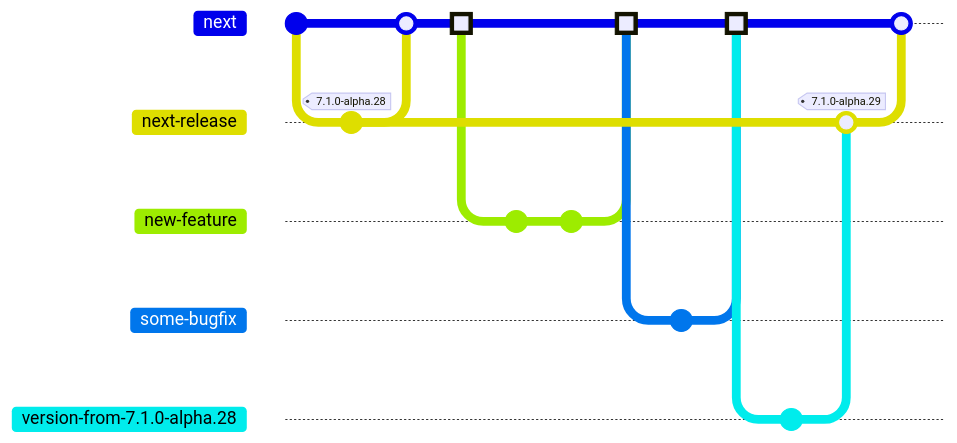
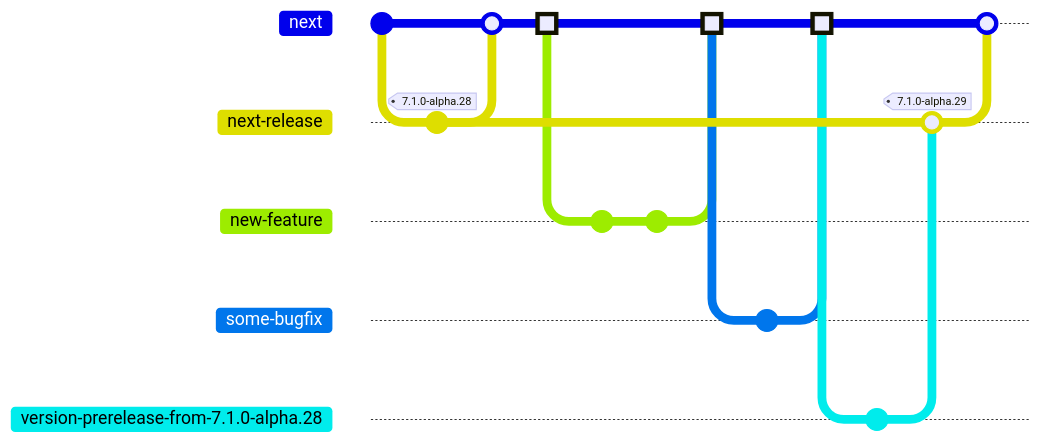
The third of 6 diagrams in CONTRIBUTING/RELEASING.md (W427697/Discord-), drawn with Mermaid before and after one commit. The commit also changed other lines of this file, not shown here. Commit ids are hidden.

````diff
--- a/CONTRIBUTING/RELEASING.md
+++ b/CONTRIBUTING/RELEASING.md
@@ -176,29 +171,25 @@
 ```mermaid
 %%{init: { 'gitGraph': { 'mainBranchName': 'next' } } }%%
 gitGraph
     commit
     branch next-release
-    checkout next-release
     commit tag: "7.1.0-alpha.28"
     checkout next
     merge next-release
     commit type: HIGHLIGHT id: "direct commit"
     branch new-feature
-    checkout new-feature
     commit
     commit
     checkout next
     merge new-feature type: HIGHLIGHT
     branch some-bugfix
-    checkout some-bugfix
     commit
     checkout next
     merge some-bugfix type: HIGHLIGHT
-    branch version-from-7.1.0-alpha.28
-    checkout version-from-7.1.0-alpha.28
+    branch version-prerelease-from-7.1.0-alpha.28
     commit id: "bump version"
     checkout next-release
-    merge version-from-7.1.0-alpha.28 tag: "7.1.0-alpha.29"
+    merge version-prerelease-from-7.1.0-alpha.28 tag: "7.1.0-alpha.29"
     checkout next
     merge next-release
 ```
````
